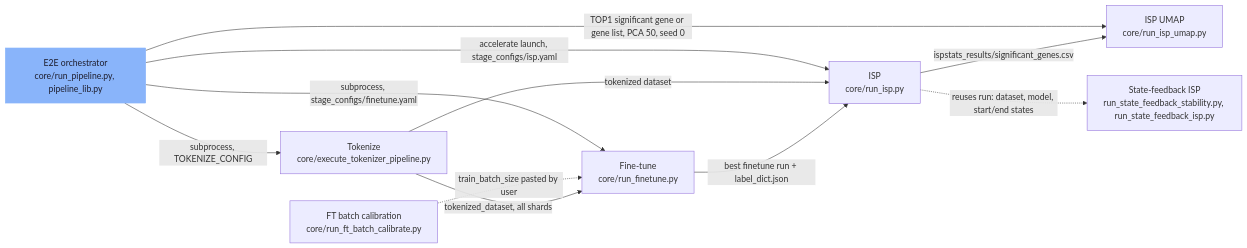
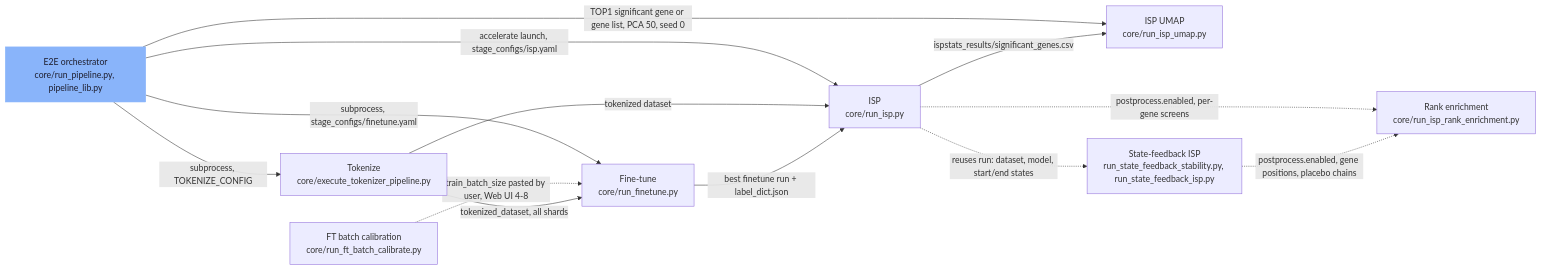
Before and after one commit to YuyaSanaki/ISP-Platform: the diagram in .omm/pipeline/diagram.mmd, drawn with Mermaid. The commit also changed 56 other files, not shown here.

Commit message:
omm: refresh for v1.4.1 (rank enrichment, Apple silicon, FT batch 4-8)

```diff
--- a/.omm/pipeline/diagram.mmd
+++ b/.omm/pipeline/diagram.mmd
@@ -1,23 +1,26 @@
 graph LR
     orchestrator["E2E orchestrator\ncore/run_pipeline.py, pipeline_lib.py"]
     ft-batch-calibrate["FT batch calibration\ncore/run_ft_batch_calibrate.py"]
     tokenize-stage["Tokenize\ncore/execute_tokenizer_pipeline.py"]
     finetune-stage["Fine-tune\ncore/run_finetune.py"]
     isp-stage["ISP\ncore/run_isp.py"]
     isp-umap["ISP UMAP\ncore/run_isp_umap.py"]
     state-feedback-isp["State-feedback ISP\nrun_state_feedback_stability.py, run_state_feedback_isp.py"]
+    rank-enrichment["Rank enrichment\ncore/run_isp_rank_enrichment.py"]
     orchestrator -->|"subprocess, TOKENIZE_CONFIG"| tokenize-stage
     orchestrator -->|"subprocess, stage_configs/finetune.yaml"| finetune-stage
     orchestrator -->|"accelerate launch, stage_configs/isp.yaml"| isp-stage
     orchestrator -->|"TOP1 significant gene or gene list, PCA 50, seed 0"| isp-umap
-    ft-batch-calibrate -.->|"train_batch_size pasted by user"| finetune-stage
+    ft-batch-calibrate -.->|"train_batch_size pasted by user, Web UI 4-8"| finetune-stage
     tokenize-stage -->|"tokenized_dataset, all shards"| finetune-stage
     tokenize-stage -->|"tokenized dataset"| isp-stage
     finetune-stage -->|"best finetune run + label_dict.json"| isp-stage
     isp-stage -->|"ispstats_results/significant_genes.csv"| isp-umap
     isp-stage -.->|"reuses run: dataset, model, start/end states"| state-feedback-isp
+    isp-stage -.->|"postprocess.enabled, per-gene screens"| rank-enrichment
+    state-feedback-isp -.->|"postprocess.enabled, gene positions, placebo chains"| rank-enrichment
     class orchestrator entry
     classDef external fill:#585b70,stroke:#585b70,color:#cdd6f4
     classDef concern fill:#f38ba8,stroke:#f38ba8,color:#1e1e2e
     classDef entry fill:#89b4fa,stroke:#89b4fa,color:#1e1e2e
     classDef store fill:#a6e3a1,stroke:#a6e3a1,color:#1e1e2e
```
